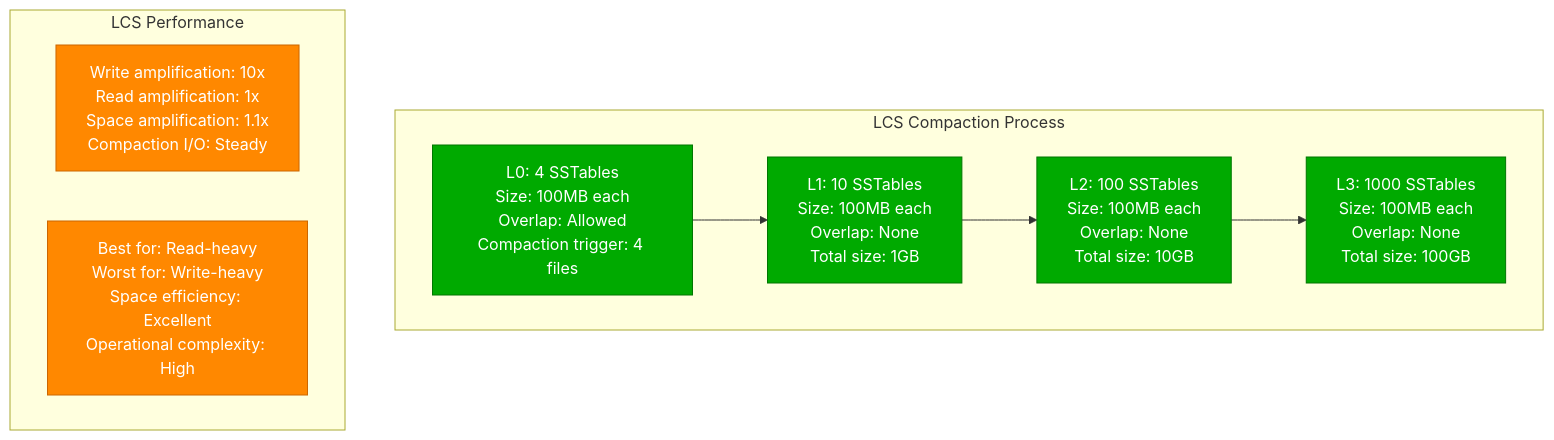
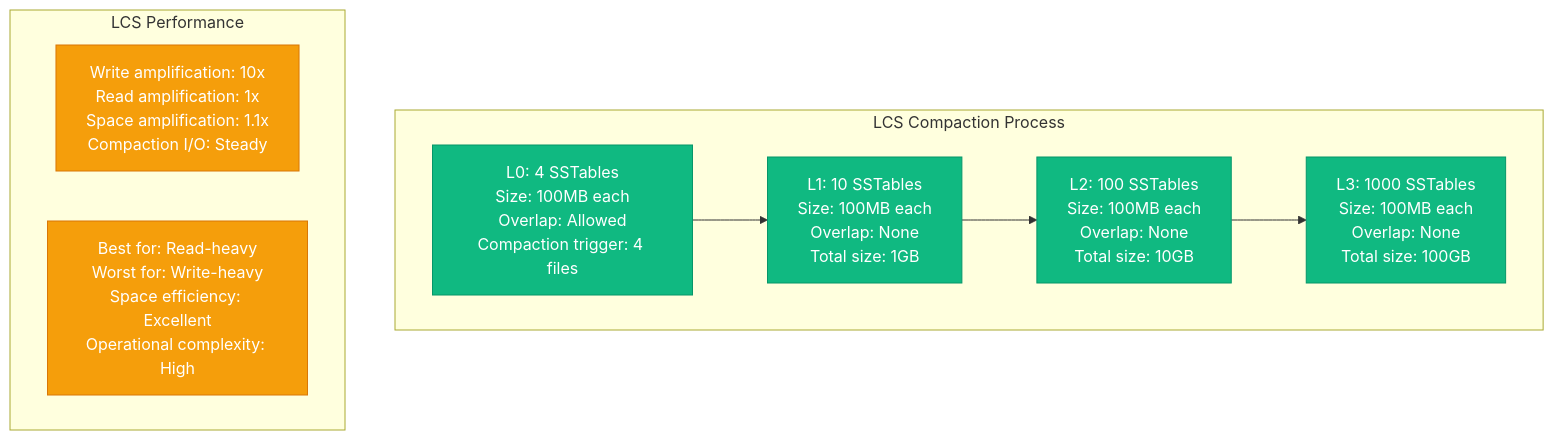
The second of 14 diagrams in site/docs/performance/cassandra-performance-profile.md (deepaucksharma/DS), drawn with Mermaid before and after one commit. The commit also changed other lines of this file and 303 other files, not shown here.

````diff
--- a/site/docs/performance/cassandra-performance-profile.md
+++ b/site/docs/performance/cassandra-performance-profile.md
@@ -40,28 +40,28 @@
 ```mermaid
 graph TB
     subgraph "LCS Compaction Process"
         LCS1[L0: 4 SSTables<br/>Size: 100MB each<br/>Overlap: Allowed<br/>Compaction trigger: 4 files]
 
         LCS2[L1: 10 SSTables<br/>Size: 100MB each<br/>Overlap: None<br/>Total size: 1GB]
 
         LCS3[L2: 100 SSTables<br/>Size: 100MB each<br/>Overlap: None<br/>Total size: 10GB]
 
         LCS4[L3: 1000 SSTables<br/>Size: 100MB each<br/>Overlap: None<br/>Total size: 100GB]
 
         LCS1 --> LCS2
         LCS2 --> LCS3
         LCS3 --> LCS4
     end
 
     subgraph "LCS Performance"
         LCS_PERF1[Write amplification: 10x<br/>Read amplification: 1x<br/>Space amplification: 1.1x<br/>Compaction I/O: Steady]
 
         LCS_PERF2[Best for: Read-heavy<br/>Worst for: Write-heavy<br/>Space efficiency: Excellent<br/>Operational complexity: High]
     end
 
-    classDef levelStyle fill:#00AA00,stroke:#007700,color:#fff
-    classDef perfStyle fill:#FF8800,stroke:#CC6600,color:#fff
+    classDef levelStyle fill:#10B981,stroke:#059669,color:#fff
+    classDef perfStyle fill:#F59E0B,stroke:#D97706,color:#fff
 
     class LCS1,LCS2,LCS3,LCS4 levelStyle
     class LCS_PERF1,LCS_PERF2 perfStyle
 ```
````
